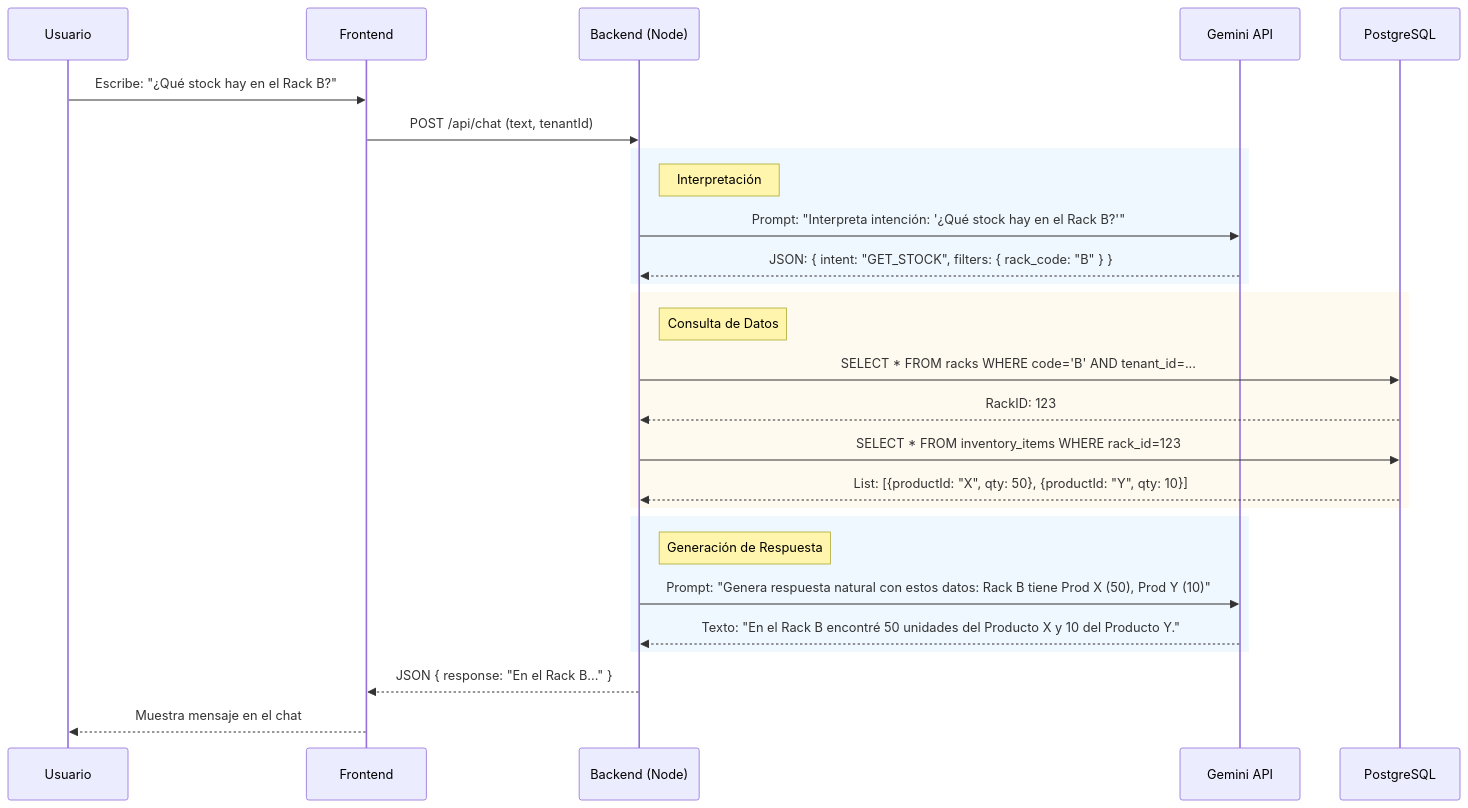
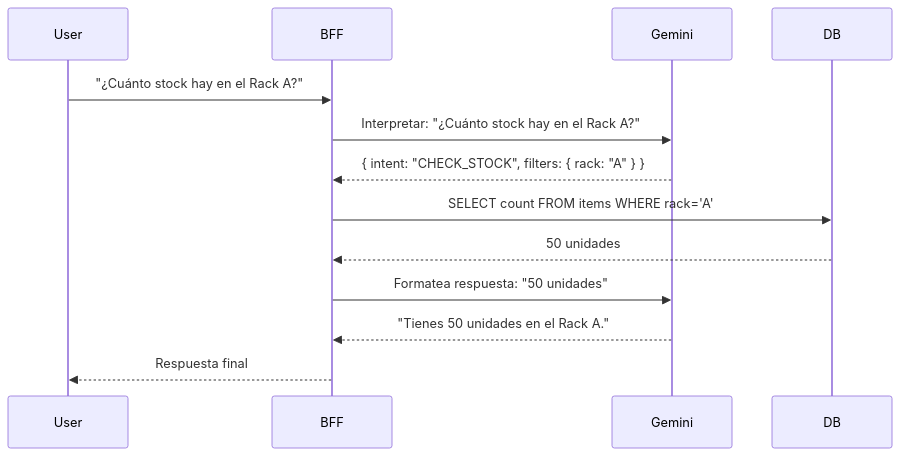
One commit to NahuelCabrera13/ProyectFinal changed the third of 3 diagrams in Documentation.md. Above: the diagram before and after it, drawn with Mermaid. The commit also changed other lines of this file and 1 other file, not shown here.

````diff
--- a/Documentation.md
+++ b/Documentation.md
@@ -325,34 +112,16 @@
 ```mermaid
 sequenceDiagram
-    participant User as Usuario
-    participant FE as Frontend
-    participant BE as Backend (Node)
-    participant AI as Gemini API
-    participant DB as PostgreSQL
+    participant User
+    participant BFF
+    participant Gemini
+    participant DB
 
-    User->>FE: Escribe: "¿Qué stock hay en el Rack B?"
-    FE->>BE: POST /api/chat (text, tenantId)
-    
-    rect rgb(240, 248, 255)
-        note right of BE: Interpretación
-        BE->>AI: Prompt: "Interpreta intención: '¿Qué stock hay en el Rack B?'"
-        AI-->>BE: JSON: { intent: "GET_STOCK", filters: { rack_code: "B" } }
-    end
-
-    rect rgb(255, 250, 240)
-        note right of BE: Consulta de Datos
-        BE->>DB: SELECT * FROM racks WHERE code='B' AND tenant_id=...
-        DB-->>BE: RackID: 123
-        BE->>DB: SELECT * FROM inventory_items WHERE rack_id=123
-        DB-->>BE: List: [{productId: "X", qty: 50}, {productId: "Y", qty: 10}]
-    end
-
-    rect rgb(240, 248, 255)
-        note right of BE: Generación de Respuesta
-        BE->>AI: Prompt: "Genera respuesta natural con estos datos: Rack B tiene Prod X (50), Prod Y (10)"
-        AI-->>BE: Texto: "En el Rack B encontré 50 unidades del Producto X y 10 del Producto Y."
-    end
-
-    BE-->>FE: JSON { response: "En el Rack B..." }
-    FE-->>User: Muestra mensaje en el chat
+    User->>BFF: "¿Cuánto stock hay en el Rack A?"
+    BFF->>Gemini: Interpretar: "¿Cuánto stock hay en el Rack A?"
+    Gemini-->>BFF: { intent: "CHECK_STOCK", filters: { rack: "A" } }
+    BFF->>DB: SELECT count FROM items WHERE rack='A'
+    DB-->>BFF: 50 unidades
+    BFF->>Gemini: Formatea respuesta: "50 unidades"
+    Gemini-->>BFF: "Tienes 50 unidades en el Rack A."
+    BFF-->>User: Respuesta final
 ```
````
